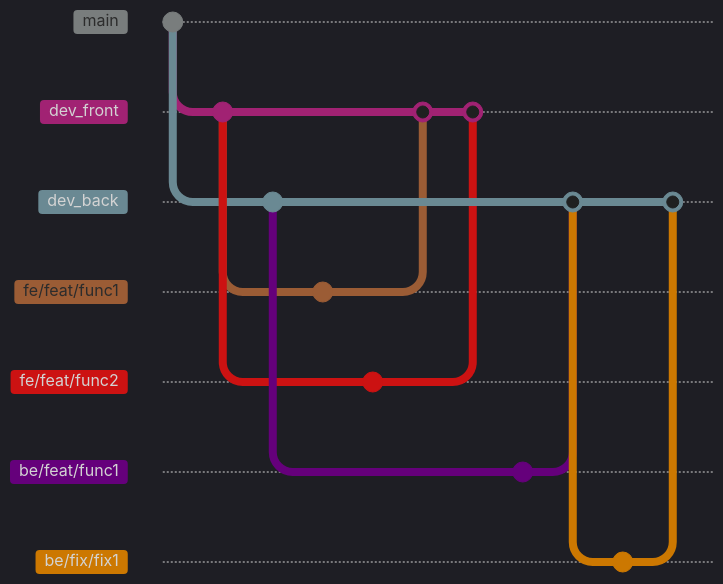
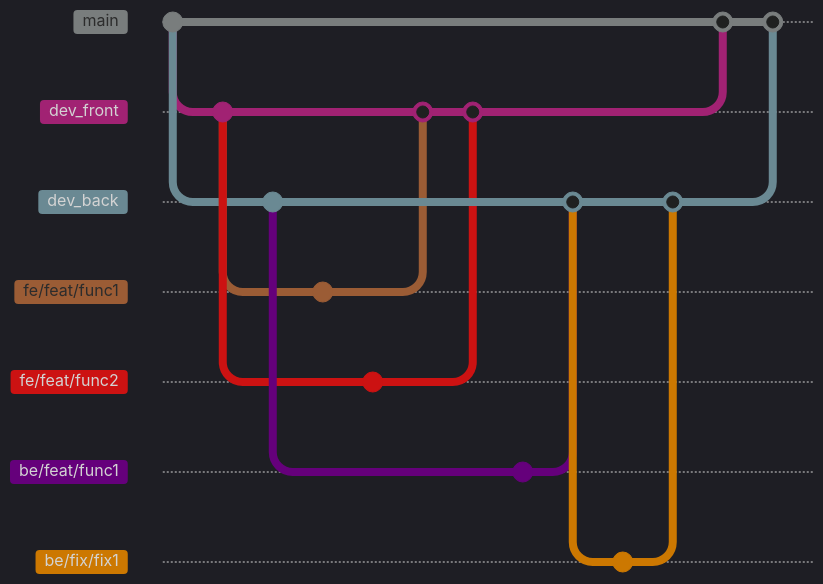
Before and after one commit to maruduke/maruduke.github.io: the diagram in _posts/project/2024-03-22-account-book(작성중).md, drawn with Mermaid. Commit ids are hidden.

Commit message:
흐름도

```diff
--- a/_posts/project/2024-03-22-account-book(작성중).md
+++ b/_posts/project/2024-03-22-account-book(작성중).md
@@ -106,32 +106,35 @@
 <div class="mermaid">
-%%{init: { 'logLevel': 'debug', 'theme': 'dark' } }%%
+%%{init: { 'logLevel': 'debug', 'theme': 'dark', 'orientation': 'vertical' } }%%
 gitGraph
     commit id: "init"
     branch dev_front
     commit id: "init_front"
     checkout main
     branch dev_back
     commit id: "init_back"
     checkout dev_front
     branch fe/feat/func1
     checkout dev_front
     branch fe/feat/func2
     checkout fe/feat/func1
     commit
     checkout fe/feat/func2
     commit
     checkout dev_front
     merge fe/feat/func1
     merge fe/feat/func2
     checkout dev_back
     branch be/feat/func1
     commit
     checkout dev_back
     merge be/feat/func1
     checkout dev_back
     branch be/fix/fix1
     commit id: "fix error"
     checkout dev_back
     merge be/fix/fix1
+    checkout main
+    merge dev_front
+    merge dev_back
 
 </div>
```
